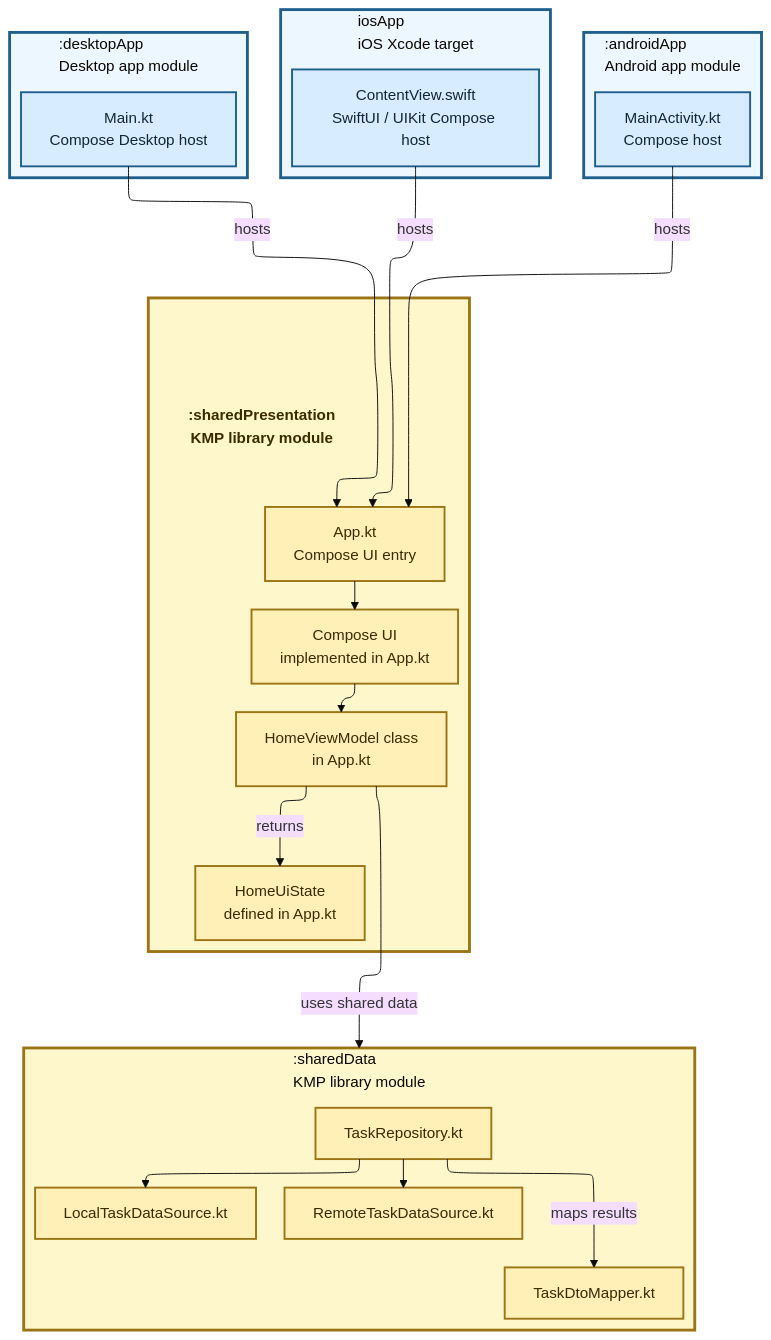
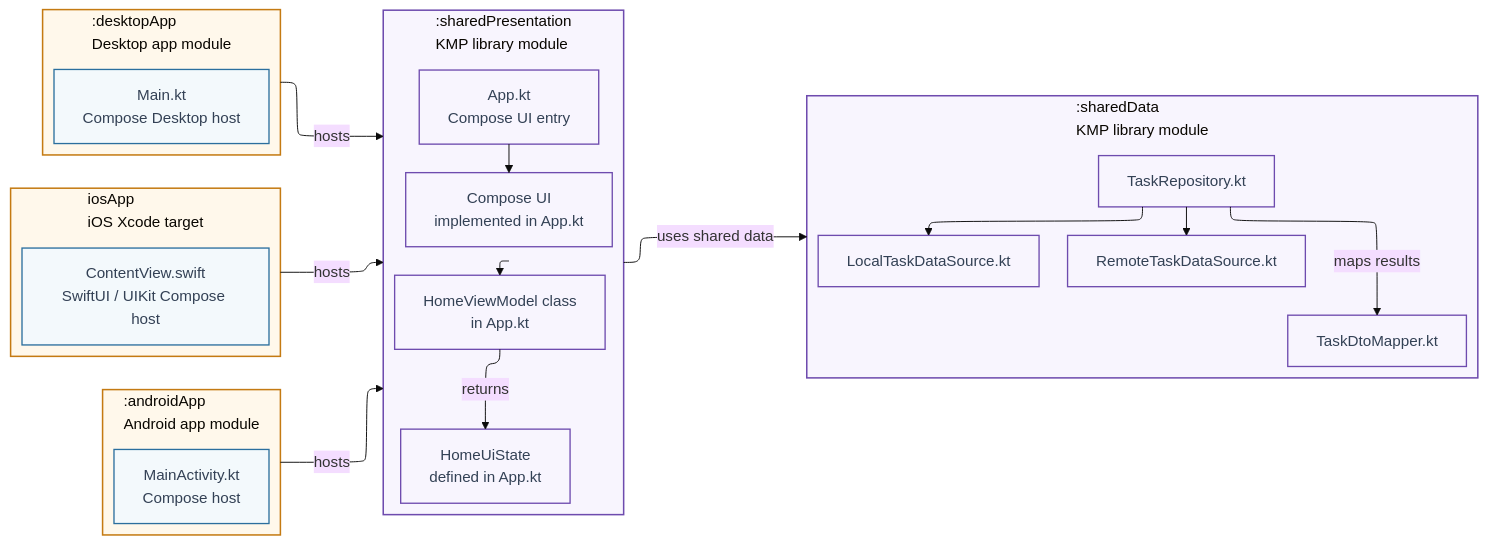
The diagram in diagrams/08-kmp-presentation-data-layer.md (TheSetox/kmp-sample-diagrams), drawn with Mermaid (base theme) before and after one commit. The commit also changed 42 other files, not shown here.

Commit message:
Redesign Mermaid architecture diagrams

````diff
--- a/diagrams/08-kmp-presentation-data-layer.md
+++ b/diagrams/08-kmp-presentation-data-layer.md
@@ -5,62 +5,59 @@
 ```mermaid
 ---
 config:
   layout: elk
   elk:
     nodePlacementStrategy: LINEAR_SEGMENTS
 ---
-flowchart TB
+flowchart LR
   subgraph Android[":androidApp\nAndroid app module"]
     direction TB
     AndroidEntry["MainActivity.kt\nCompose host"]
   end
 
   subgraph IOS["iosApp\niOS Xcode target"]
     direction TB
     IOSEntry["ContentView.swift\nSwiftUI / UIKit Compose host"]
   end
 
   subgraph Desktop[":desktopApp\nDesktop app module"]
     direction TB
     DesktopEntry["Main.kt\nCompose Desktop host"]
   end
 
-  subgraph Presentation[" "]
-    direction LR
-    PresentationTitle[":sharedPresentation\nKMP library module"]:::kmpTitle
+  subgraph Presentation[":sharedPresentation\nKMP library module"]
+    direction TB
     App["App.kt\nCompose UI entry"]
     Screen["Compose UI\nimplemented in App.kt"]
     VM["HomeViewModel class\nin App.kt"]
     State["HomeUiState\ndefined in App.kt"]
-    PresentationTitle ~~~ App
     App --> Screen --> VM
     VM -->|"returns"| State
   end
 
   subgraph Data[":sharedData\nKMP library module"]
-    direction LR
+    direction TB
     Repository["TaskRepository.kt"]
     Remote["RemoteTaskDataSource.kt"]
     Cache["LocalTaskDataSource.kt"]
     Mapper["TaskDtoMapper.kt"]
     Repository --> Remote
     Repository --> Cache
     Repository -->|"maps results"| Mapper
   end
 
-  DesktopEntry -->|"hosts"| App
-  IOSEntry -->|"hosts"| App
-  AndroidEntry -->|"hosts"| App
-  VM -->|"uses shared data"| Data
+  Desktop -->|"hosts"| Presentation
+  IOS -->|"hosts"| Presentation
+  Android -->|"hosts"| Presentation
+  Presentation -->|"uses shared data"| Data
 
-  classDef app fill:#d8ecff,stroke:#1f5f8b,color:#0f2738,stroke-width:2px;
-  classDef kmp fill:#fff0b8,stroke:#9b7415,color:#3b2a00,stroke-width:2px;
-  classDef kmpTitle fill:transparent,stroke:transparent,color:#3b2a00,font-weight:700;
+  classDef app fill:#f3f9fc,stroke:#2b6f9e,color:#334155,stroke-width:1.4px;
+  classDef kmp fill:#f8f5fe,stroke:#6e4bae,color:#334155,stroke-width:1.4px;
   class AndroidEntry,IOSEntry,DesktopEntry app;
   class App,Screen,VM,State,Repository,Remote,Cache,Mapper kmp;
-  style Android fill:#edf7ff,stroke:#1f5f8b,stroke-width:3px
-  style IOS fill:#edf7ff,stroke:#1f5f8b,stroke-width:3px
-  style Desktop fill:#edf7ff,stroke:#1f5f8b,stroke-width:3px
-  style Presentation fill:#fff7cc,stroke:#9b7415,stroke-width:3px
-  style Data fill:#fff7cc,stroke:#9b7415,stroke-width:3px
+  style Android fill:#fff8eb,stroke:#c47a12,stroke-width:1.6px
+  style IOS fill:#fff8eb,stroke:#c47a12,stroke-width:1.6px
+  style Desktop fill:#fff8eb,stroke:#c47a12,stroke-width:1.6px
+  style Presentation fill:#f8f5fe,stroke:#6e4bae,stroke-width:1.6px
+  style Data fill:#f8f5fe,stroke:#6e4bae,stroke-width:1.6px
 ```
````
